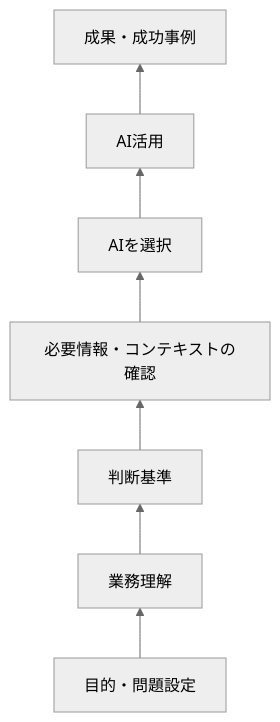
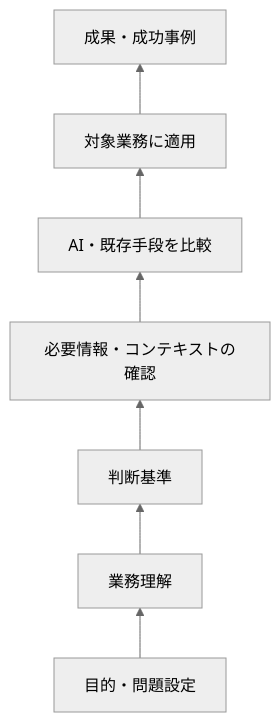
Before and after one commit to nullcontroller/Rosarium: the diagram in src/content/practices/transferring-ai-practices.md, drawn with Mermaid (neutral theme). The commit also changed other lines of this file and 19 other files, not shown here.

````diff
--- a/src/content/practices/transferring-ai-practices.md
+++ b/src/content/practices/transferring-ai-practices.md
@@ -144,17 +140,17 @@
 ```mermaid
 flowchart BT
     A["目的・問題設定"]
     B["業務理解"]
     C["判断基準"]
     D["必要情報・コンテキストの確認"]
-    E["AIを選択"]
-    F["AI活用"]
+    E["AI・既存手段を比較"]
+    F["対象業務に適用"]
     G["成果・成功事例"]
 
     A --> B
     B --> C
     C --> D
     D --> E
     E --> F
     F --> G
 ```
````
